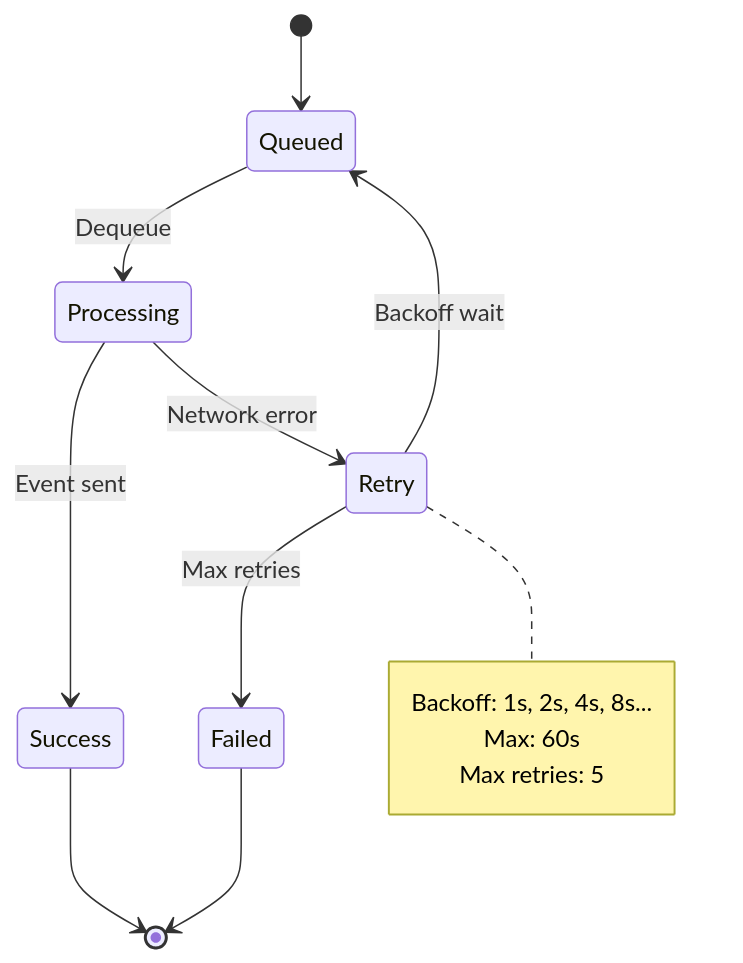
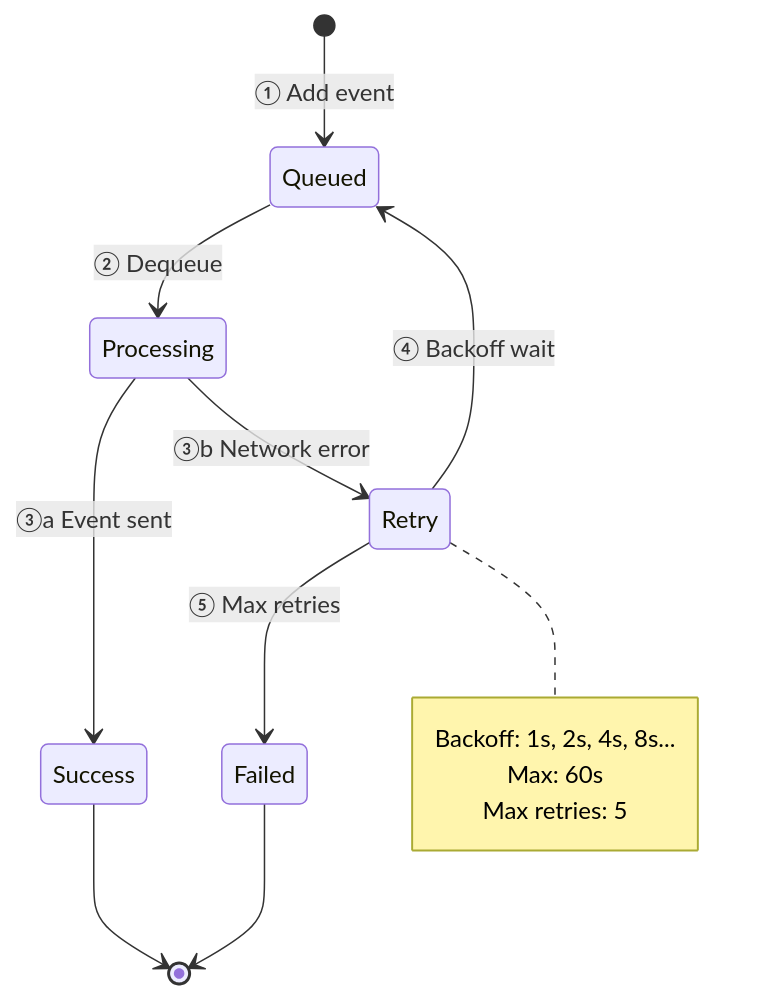
Before and after one commit to albertsdk/hsync-server: the sixth of 7 diagrams in docs/sync-flow.md, drawn with Mermaid. The commit also changed other lines of this file and 17 other files, not shown here.

First line of the commit message:
Add numbered phases to documentation diagrams

````diff
--- a/docs/sync-flow.md
+++ b/docs/sync-flow.md
@@ -146,17 +146,17 @@
 ```mermaid
 stateDiagram-v2
-    [*] --> Queued
-    Queued --> Processing: Dequeue
-    Processing --> Success: Event sent
-    Processing --> Retry: Network error
-    Retry --> Queued: Backoff wait
-    Retry --> Failed: Max retries
+    [*] --> Queued: ① Add event
+    Queued --> Processing: ② Dequeue
+    Processing --> Success: ③a Event sent
+    Processing --> Retry: ③b Network error
+    Retry --> Queued: ④ Backoff wait
+    Retry --> Failed: ⑤ Max retries
     Success --> [*]
     Failed --> [*]
 
     note right of Retry
         Backoff: 1s, 2s, 4s, 8s...
         Max: 60s
         Max retries: 5
     end note
 ```
````
